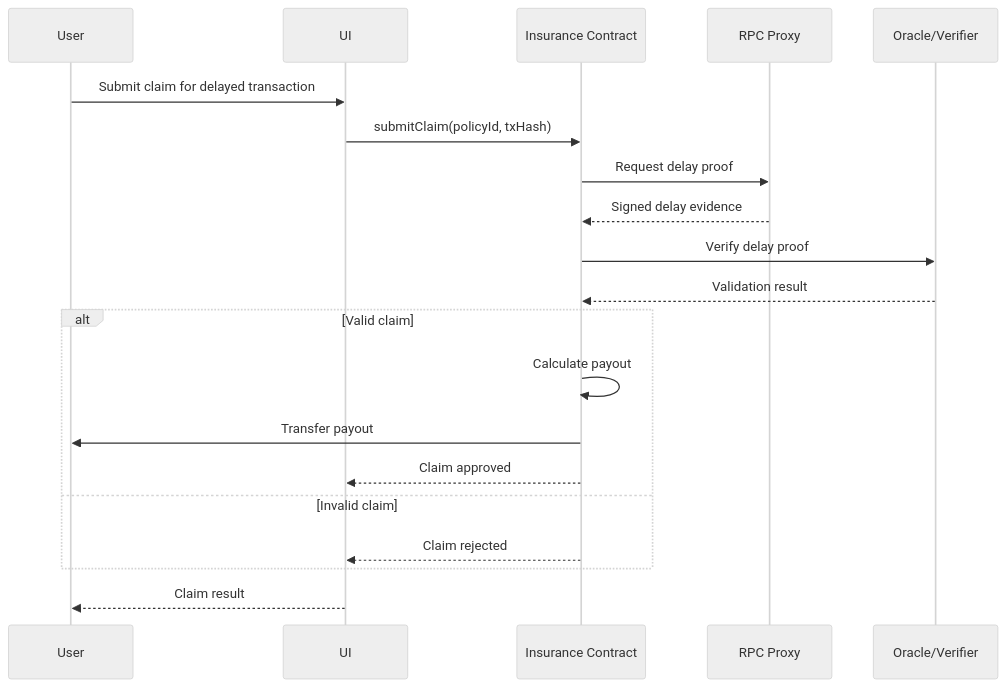
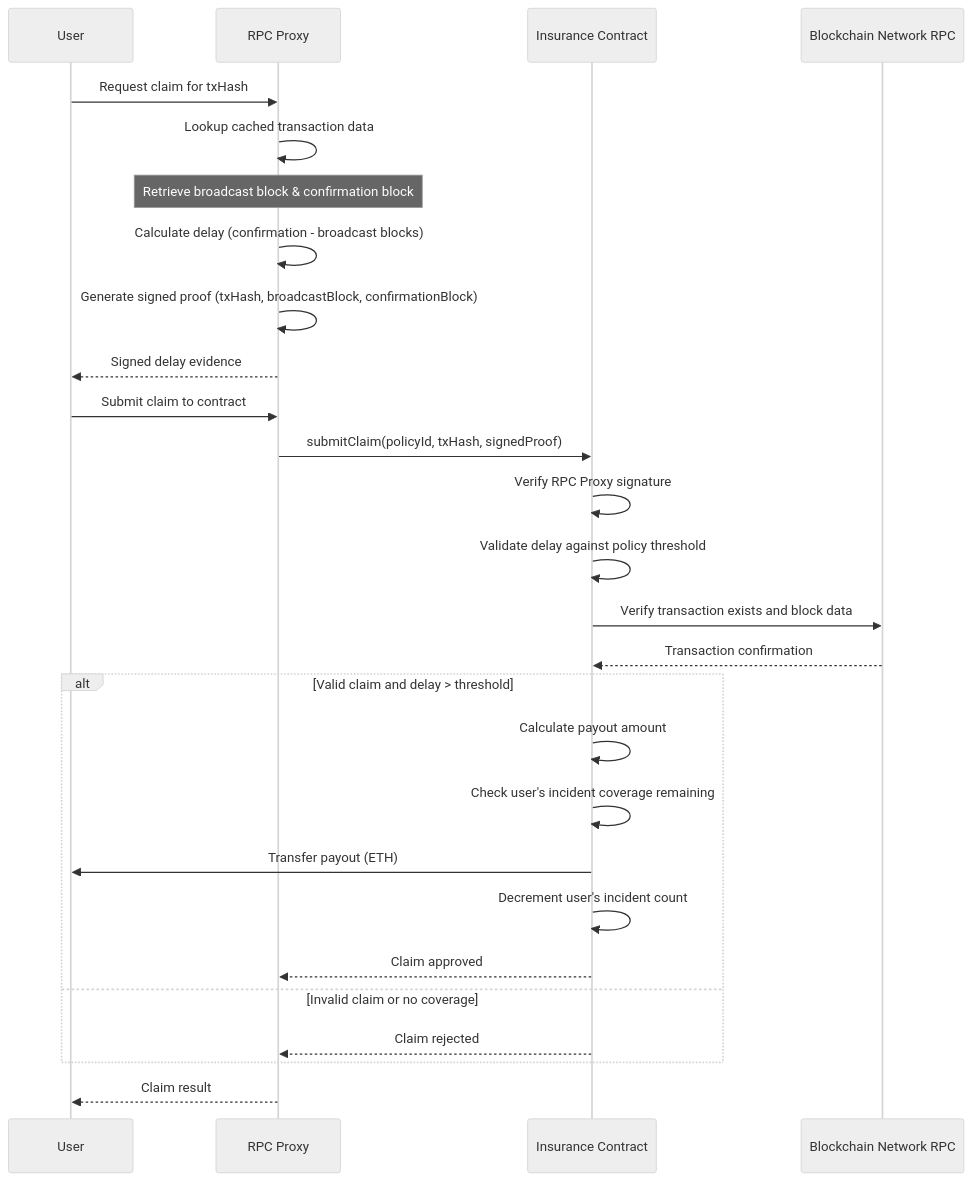
The third of 4 diagrams in README.md (jordan-public/transaction-delay-insurance), drawn with Mermaid (neutral theme) before and after one commit. The commit also changed other lines of this file, not shown here.

Commit message:
Claim workflow

````diff
--- a/README.md
+++ b/README.md
@@ -97,25 +111,33 @@
 ```mermaid
 sequenceDiagram
     participant User
-    participant UI
+    participant RPC Proxy
     participant Insurance Contract
-    participant RPC Proxy
-    participant Oracle/Verifier
+    participant Blockchain Network RPC
 
-    User->>UI: Submit claim for delayed transaction
-    UI->>Insurance Contract: submitClaim(policyId, txHash)
-    Insurance Contract->>RPC Proxy: Request delay proof
-    RPC Proxy-->>Insurance Contract: Signed delay evidence
-    Insurance Contract->>Oracle/Verifier: Verify delay proof
-    Oracle/Verifier-->>Insurance Contract: Validation result
+    User->>RPC Proxy: Request claim for txHash
+    RPC Proxy->>RPC Proxy: Lookup cached transaction data
+    Note over RPC Proxy: Retrieve broadcast block & confirmation block
+    RPC Proxy->>RPC Proxy: Calculate delay (confirmation - broadcast blocks)
+    RPC Proxy->>RPC Proxy: Generate signed proof (txHash, broadcastBlock, confirmationBlock)
+    RPC Proxy-->>User: Signed delay evidence
     
-    alt Valid claim
-        Insurance Contract->>Insurance Contract: Calculate payout
-        Insurance Contract->>User: Transfer payout
-        Insurance Contract-->>UI: Claim approved
-    else Invalid claim
-        Insurance Contract-->>UI: Claim rejected
+    User->>RPC Proxy: Submit claim to contract
+    RPC Proxy->>Insurance Contract: submitClaim(policyId, txHash, signedProof)
+    Insurance Contract->>Insurance Contract: Verify RPC Proxy signature
+    Insurance Contract->>Insurance Contract: Validate delay against policy threshold
+    Insurance Contract->>Blockchain Network RPC: Verify transaction exists and block data
+    Blockchain Network RPC-->>Insurance Contract: Transaction confirmation
+    
+    alt Valid claim and delay > threshold
+        Insurance Contract->>Insurance Contract: Calculate payout amount
+        Insurance Contract->>Insurance Contract: Check user's incident coverage remaining
+        Insurance Contract->>User: Transfer payout (ETH)
+        Insurance Contract->>Insurance Contract: Decrement user's incident count
+        Insurance Contract-->>RPC Proxy: Claim approved
+    else Invalid claim or no coverage
+        Insurance Contract-->>RPC Proxy: Claim rejected
     end
     
-    UI-->>User: Claim result
+    RPC Proxy-->>User: Claim result
 ```
````
